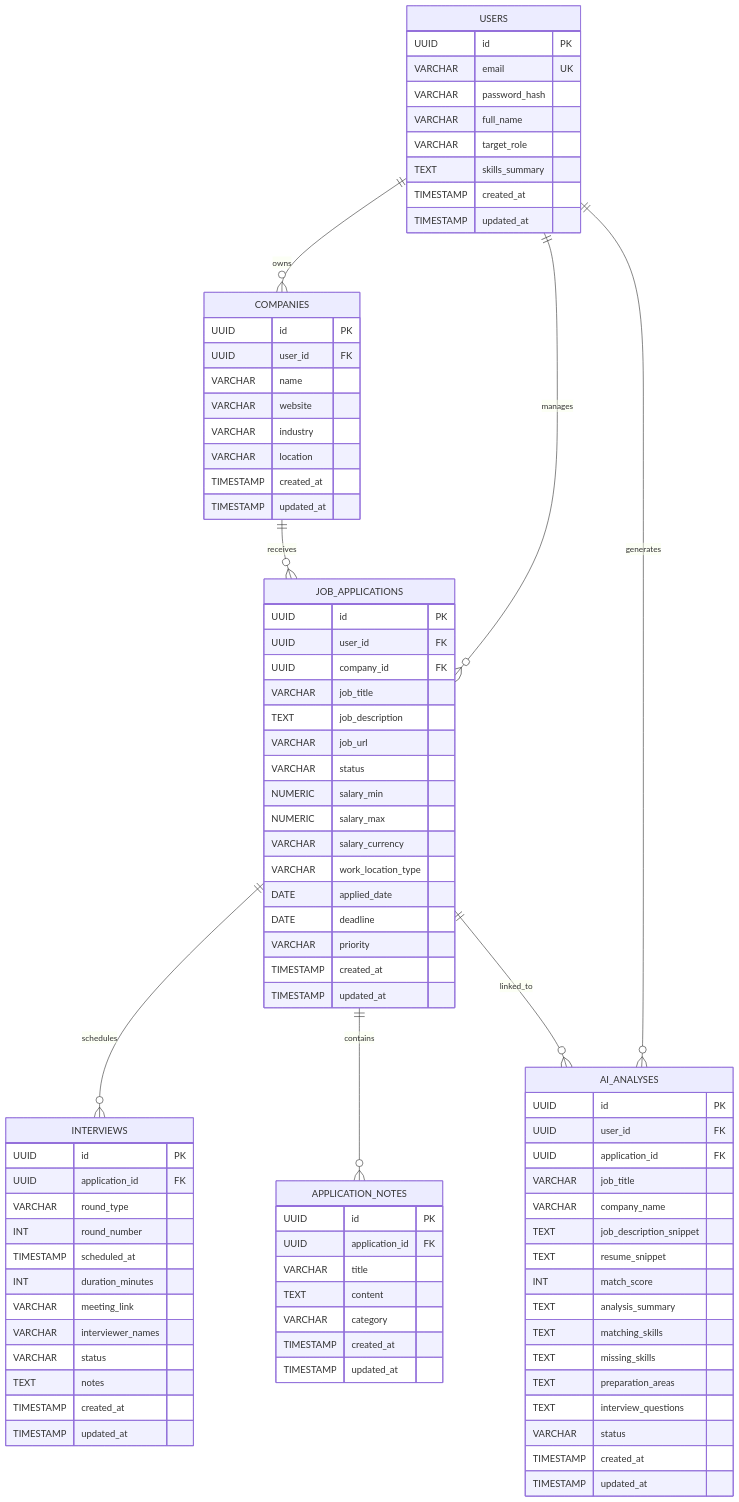
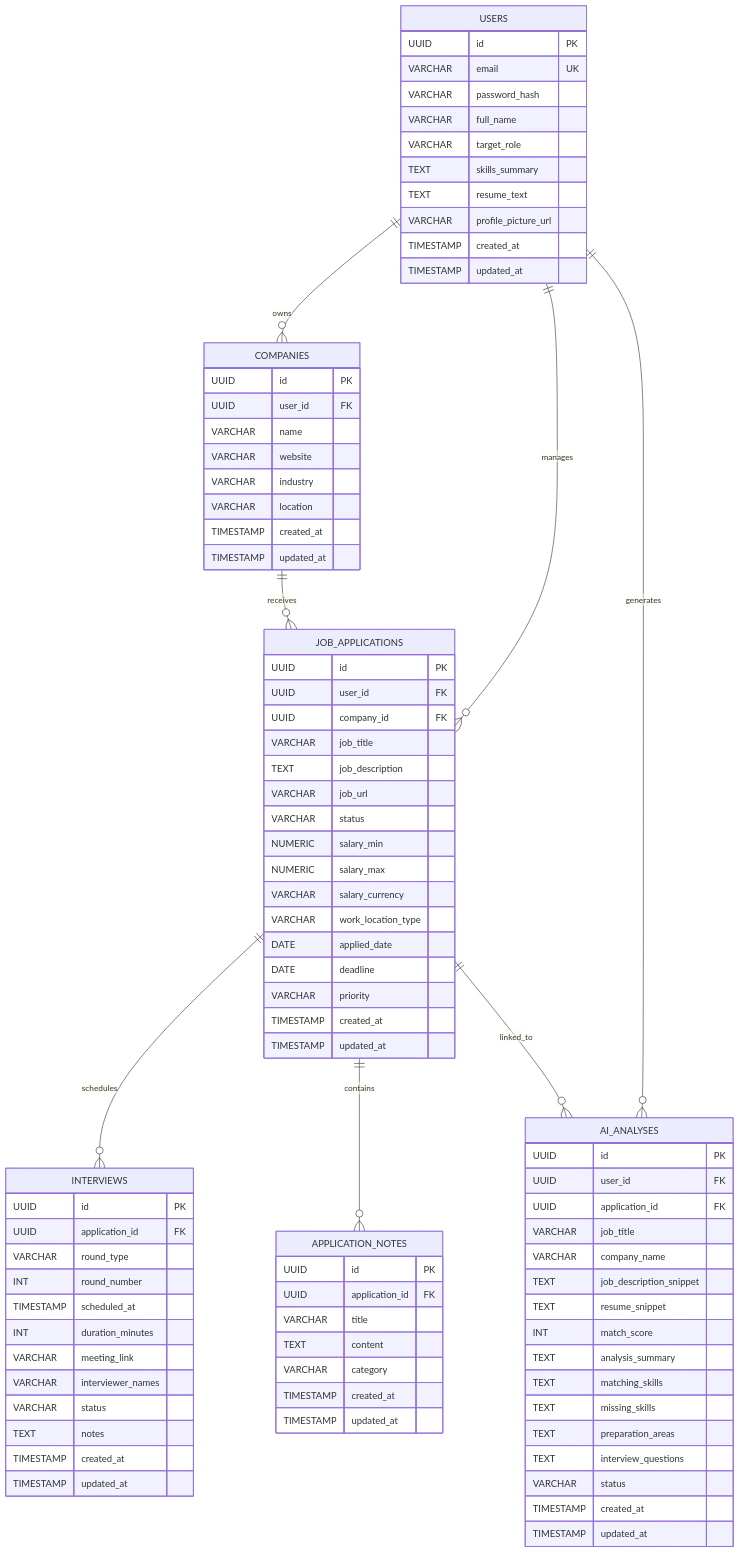
One commit to hifasahamath/AI-Job-Application-Tracker changed the second of 3 diagrams in docs/ARCHITECTURE.md. Above: the diagram before and after it, drawn with Mermaid. The commit also changed other lines of this file and 2 other files, not shown here.

Commit message:
docs: update system architecture, openapi spec, and postman test collection

```diff
--- a/docs/ARCHITECTURE.md
+++ b/docs/ARCHITECTURE.md
@@ -63,6 +68,8 @@
         VARCHAR full_name
         VARCHAR target_role
         TEXT skills_summary
+        TEXT resume_text
+        VARCHAR profile_picture_url
         TIMESTAMP created_at
         TIMESTAMP updated_at
     }
```
